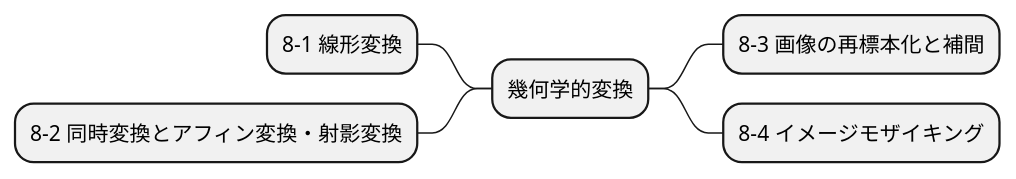
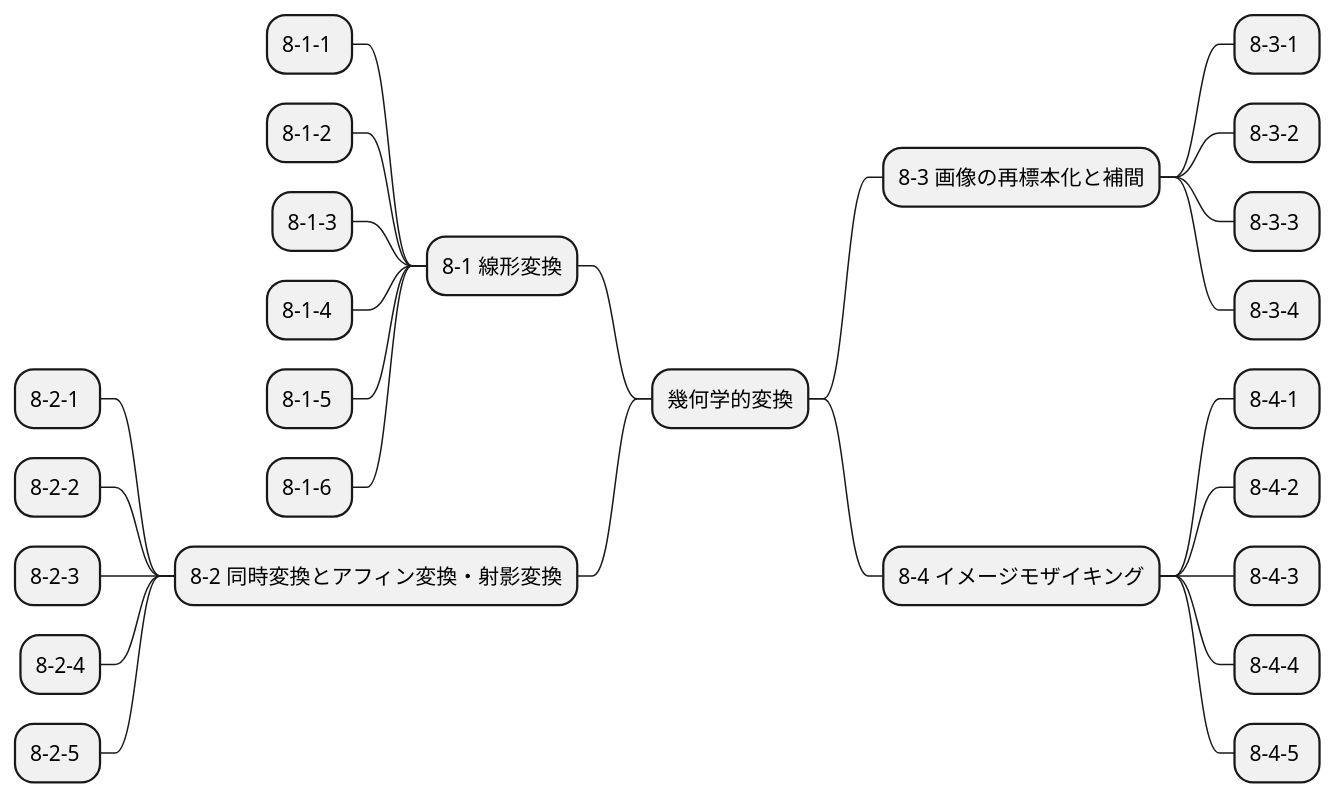
One commit to Takayoshi-Matsuyama/image_processing changed the diagram in mindmap/img_proc_expert_08.puml. Above: the diagram before and after it, drawn with PlantUML. The commit also changed 16 other files, not shown here.

Commit message:
mindmap ex numbers

```diff
--- a/mindmap/img_proc_expert_08.puml
+++ b/mindmap/img_proc_expert_08.puml
@@ -1,7 +1,27 @@
 @startmindmap img_proc_expert_08
 + 幾何学的変換
 -- 8-1 線形変換
+--- 8-1-1 
+--- 8-1-2 
+--- 8-1-3
+--- 8-1-4 
+--- 8-1-5 
+--- 8-1-6 
 -- 8-2 同時変換とアフィン変換・射影変換
+--- 8-2-1 
+--- 8-2-2 
+--- 8-2-3 
+--- 8-2-4
+--- 8-2-5 
 ++ 8-3 画像の再標本化と補間
++++ 8-3-1 
++++ 8-3-2 
++++ 8-3-3 
++++ 8-3-4 
 ++ 8-4 イメージモザイキング
++++ 8-4-1 
++++ 8-4-2 
++++ 8-4-3 
++++ 8-4-4 
++++ 8-4-5 
 @endmindmap
```
